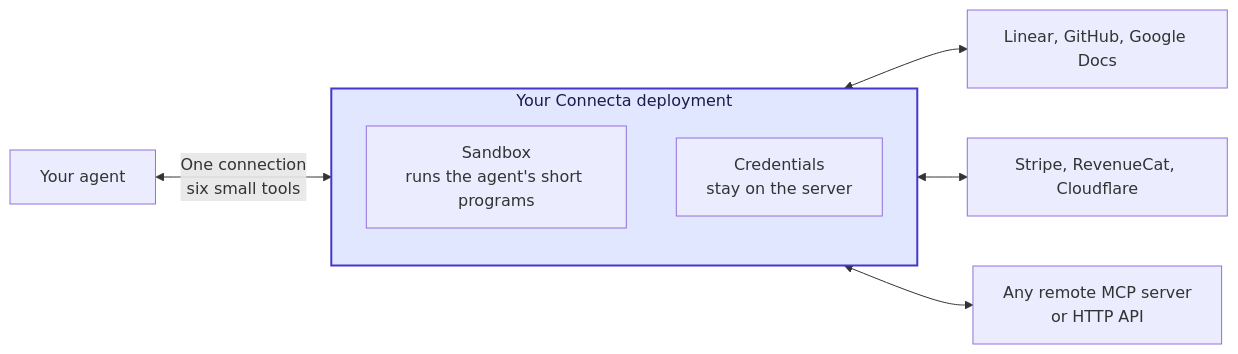
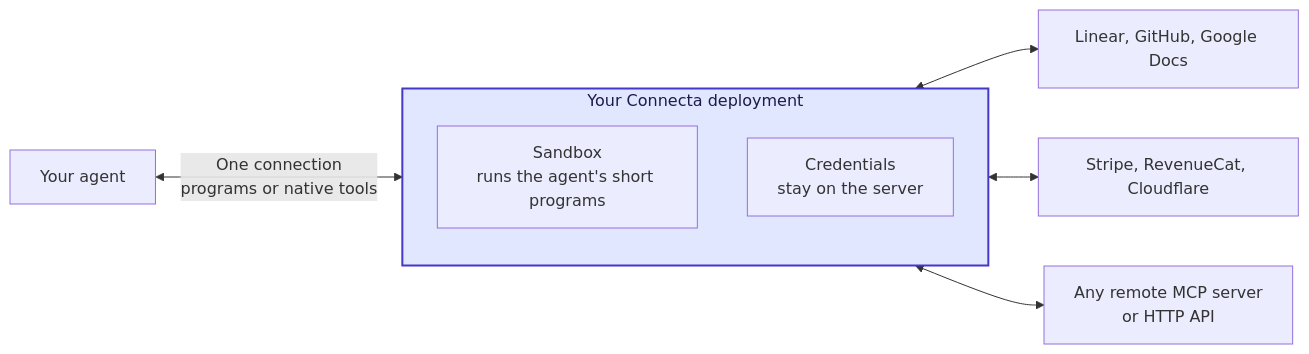
Before and after one commit to zackbart/connecta: the first of 3 diagrams in README.md, drawn with Mermaid. The commit also changed other lines of this file and 39 other files, not shown here.

````diff
--- a/README.md
+++ b/README.md
@@ -10,15 +10,15 @@
 ```mermaid
 flowchart LR
-    Agent["Your agent"] <-->|"One connection<br/>six small tools"| Connecta
+    Agent["Your agent"] <-->|"One connection<br/>programs or native tools"| Connecta
 
     subgraph Connecta["Your Connecta deployment"]
         Sandbox["Sandbox<br/>runs the agent's short programs"]
         Keys["Credentials<br/>stay on the server"]
     end
 
     Connecta <--> Work["Linear, GitHub, Google Docs"]
     Connecta <--> Business["Stripe, RevenueCat, Cloudflare"]
     Connecta <--> Yours["Any remote MCP server<br/>or HTTP API"]
 
     style Connecta fill:#e0e7ff,stroke:#4338ca,color:#1e1b4b,stroke-width:2px
 ```
````
